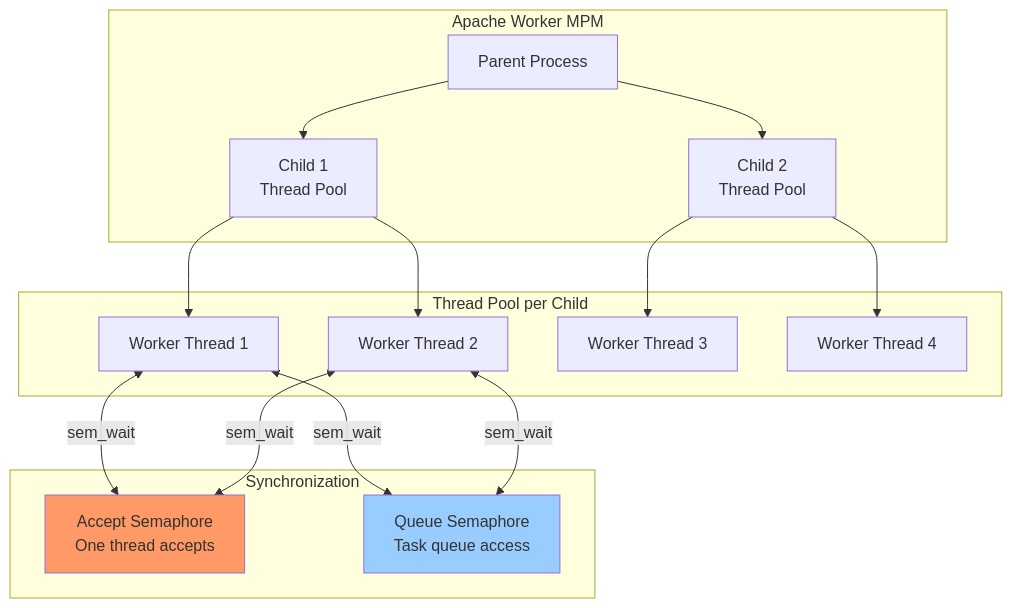
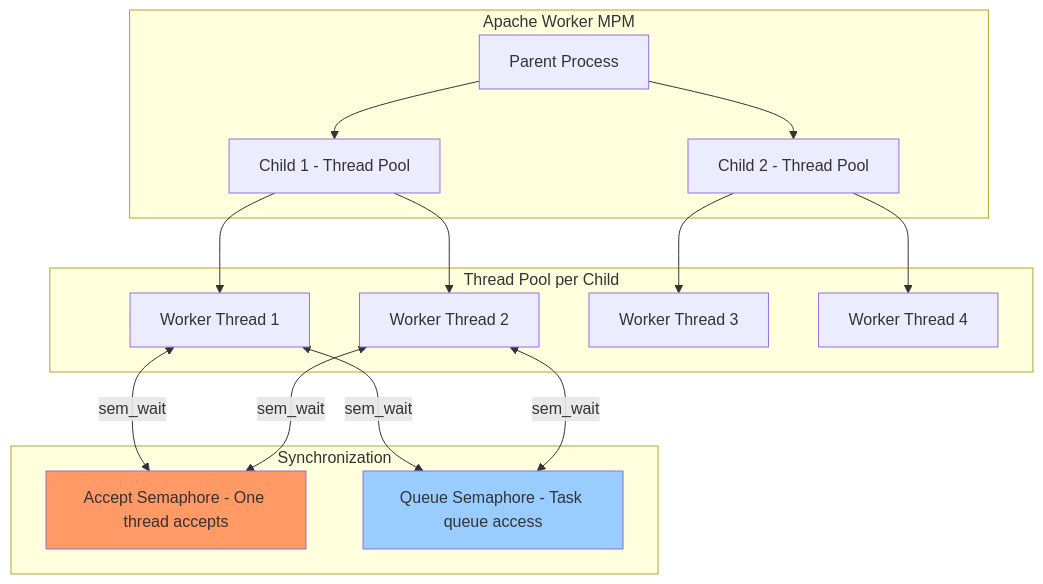
Before and after one commit to MoussaabBadla/interprocess-communication: diagram 21 of 34 in 05_semaphores.md, drawn with Mermaid. The commit also changed other lines of this file, not shown here.

````diff
--- a/05_semaphores.md
+++ b/05_semaphores.md
@@ -1746,35 +1746,35 @@
 ```mermaid
 graph TB
     subgraph "Apache Worker MPM"
-        PARENT[Parent Process]
-        CHILD1[Child 1<br/>Thread Pool]
-        CHILD2[Child 2<br/>Thread Pool]
+        PARENT["Parent Process"]
+        CHILD1["Child 1 - Thread Pool"]
+        CHILD2["Child 2 - Thread Pool"]
     end
 
     subgraph "Thread Pool per Child"
-        T1[Worker Thread 1]
-        T2[Worker Thread 2]
-        T3[Worker Thread 3]
-        T4[Worker Thread 4]
+        T1["Worker Thread 1"]
+        T2["Worker Thread 2"]
+        T3["Worker Thread 3"]
+        T4["Worker Thread 4"]
     end
 
     subgraph "Synchronization"
-        ACCEPT_SEM[Accept Semaphore<br/>One thread accepts]
-        QUEUE_SEM[Queue Semaphore<br/>Task queue access]
+        ACCEPT_SEM["Accept Semaphore - One thread accepts"]
+        QUEUE_SEM["Queue Semaphore - Task queue access"]
     end
 
     PARENT --> CHILD1
     PARENT --> CHILD2
     CHILD1 --> T1
     CHILD1 --> T2
     CHILD2 --> T3
     CHILD2 --> T4
 
     T1 <-->|sem_wait| ACCEPT_SEM
     T2 <-->|sem_wait| ACCEPT_SEM
     T1 <-->|sem_wait| QUEUE_SEM
     T2 <-->|sem_wait| QUEUE_SEM
 
     style ACCEPT_SEM fill:#f96
     style QUEUE_SEM fill:#9cf
 ```
````
